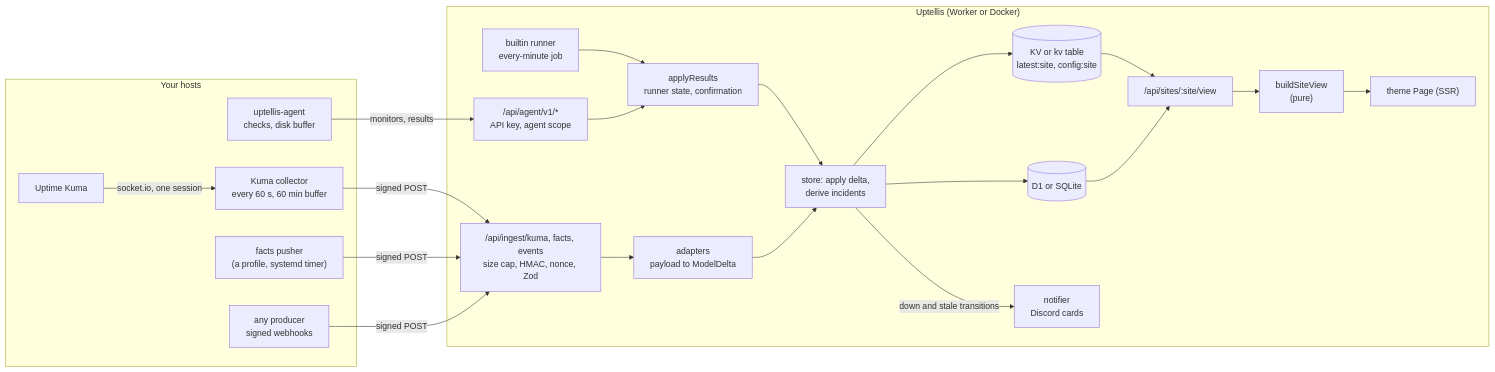
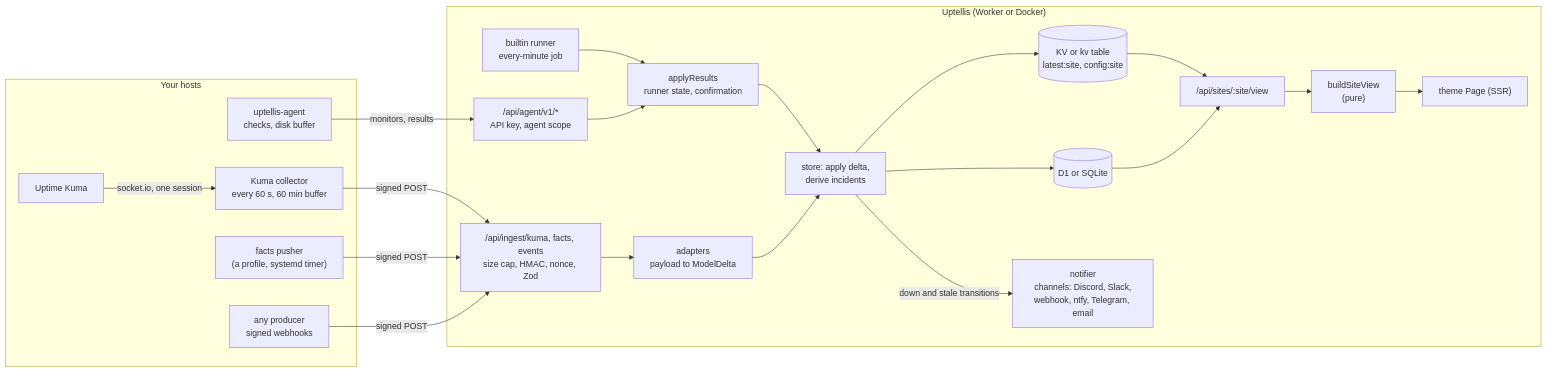
The second of 8 diagrams in docs/architecture.md (bts-io/uptellis), drawn with Mermaid before and after one commit. The commit also changed other lines of this file and 4 other files, not shown here.

First line of the commit message:
feat(notify): integrate phase 6b: delivery log on migration 0006, notifier docs

````diff
--- a/docs/architecture.md
+++ b/docs/architecture.md
@@ -48,39 +48,39 @@
 ```mermaid
 flowchart LR
   subgraph producers ["Your hosts"]
     kuma["Uptime Kuma"] -->|"socket.io, one session"| col["Kuma collector<br/>every 60 s, 60 min buffer"]
     push["facts pusher<br/>(a profile, systemd timer)"]
     hook["any producer<br/>signed webhooks"]
     agent["uptellis-agent<br/>checks, disk buffer"]
   end
   subgraph worker ["Uptellis (Worker or Docker)"]
     ing["/api/ingest/kuma, facts, events<br/>size cap, HMAC, nonce, Zod"]
     probes["builtin runner<br/>every-minute job"]
     agentapi["/api/agent/v1/*<br/>API key, agent scope"]
     apply["applyResults<br/>runner state, confirmation"]
     adapt["adapters<br/>payload to ModelDelta"]
     store["store: apply delta,<br/>derive incidents"]
     d1[("D1 or SQLite")]
     kv[("KV or kv table<br/>latest:site, config:site")]
     build["buildSiteView<br/>(pure)"]
     read["/api/sites/:site/view"]
     page["theme Page (SSR)"]
-    notify["notifier<br/>Discord cards"]
+    notify["notifier<br/>channels: Discord, Slack,<br/>webhook, ntfy, Telegram, email"]
   end
   col -->|"signed POST"| ing
   push -->|"signed POST"| ing
   hook -->|"signed POST"| ing
   agent -->|"monitors, results"| agentapi
   ing --> adapt
   probes --> apply
   agentapi --> apply
   apply --> store
   adapt --> store
   store --> d1
   store --> kv
   store -->|"down and stale transitions"| notify
   kv --> read
   d1 --> read
   read --> build
   build --> page
 ```
````
